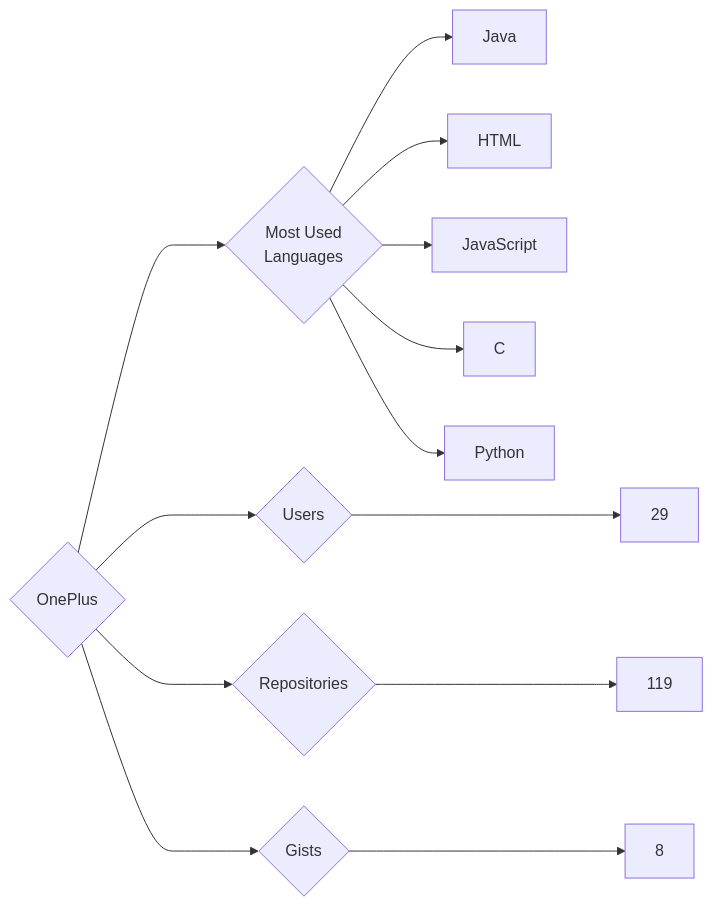
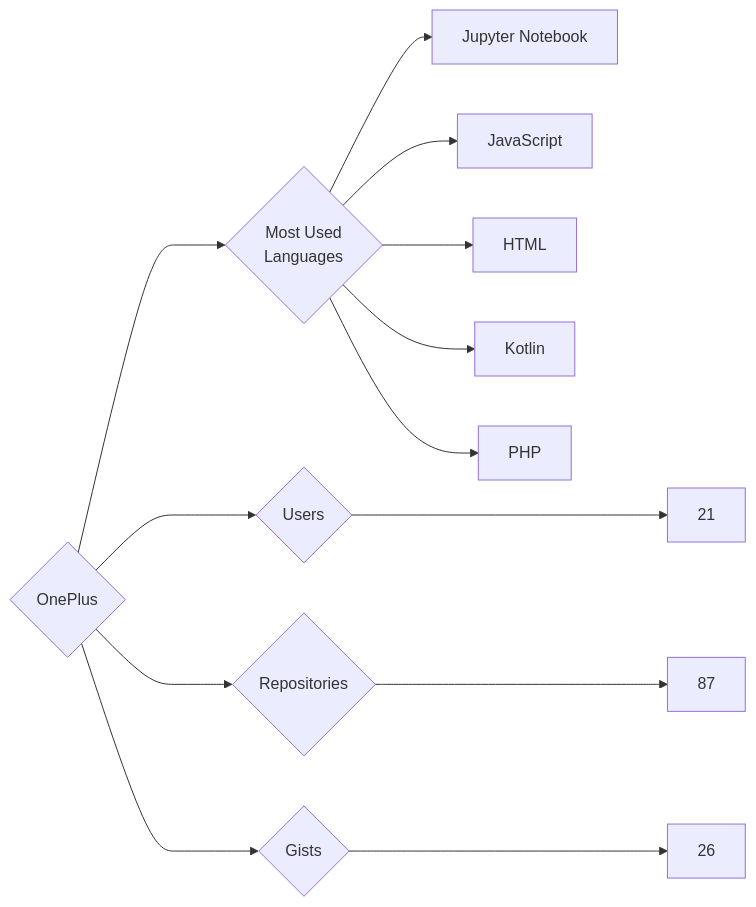
The diagram in targets/OnePlus/README.md (trickest/insiders), drawn with Mermaid before and after one commit. The commit also changed 995 other files, not shown here.

````diff
--- a/targets/OnePlus/README.md
+++ b/targets/OnePlus/README.md
@@ -3,13 +3,13 @@
 ```mermaid
 graph LR
 COMPANY_NAME{OnePlus}
-COMPANY_NAME ---> U{Users} ---> UN[29]
-COMPANY_NAME ---> R{Repositories} ---> RN[119]
-COMPANY_NAME ---> G{Gists} ---> GN[8]
+COMPANY_NAME ---> U{Users} ---> UN[21]
+COMPANY_NAME ---> R{Repositories} ---> RN[87]
+COMPANY_NAME ---> G{Gists} ---> GN[26]
 COMPANY_NAME ---> ML{Most Used<br>Languages}
-ML --> Java[Java]
+ML --> Jupyter_Notebook[Jupyter Notebook]
+ML --> JavaScript[JavaScript]
 ML --> HTML[HTML]
-ML --> JavaScript[JavaScript]
-ML --> C[C]
-ML --> Python[Python]
+ML --> Kotlin[Kotlin]
+ML --> PHP[PHP]
 ```
````
